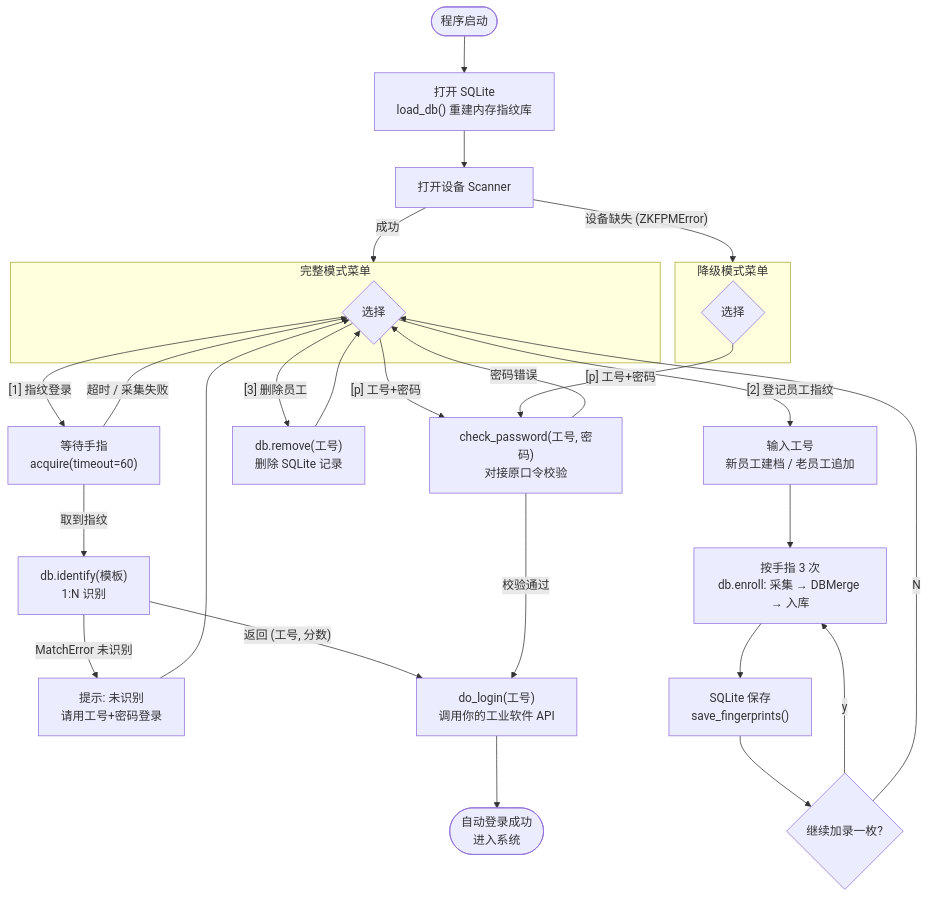
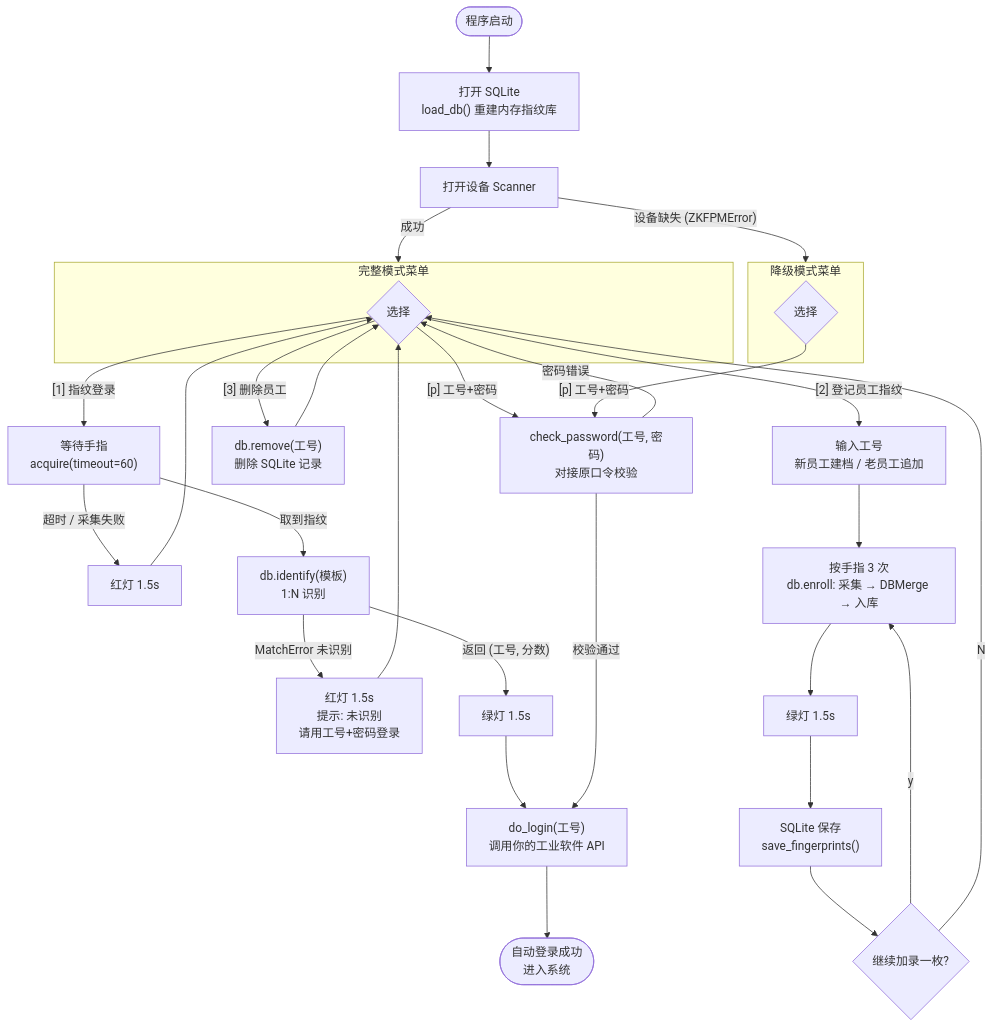
One commit to yunluo/pyzk20r changed the first of 2 diagrams in README.md. Above: the diagram before and after it, drawn with Mermaid. The commit also changed other lines of this file and 4 other files, not shown here.

````diff
--- a/README.md
+++ b/README.md
@@ -156,35 +156,35 @@
 ```mermaid
 flowchart TD
     A([程序启动]) --> B["打开 SQLite<br/>load_db() 重建内存指纹库"]
     B --> C["打开设备 Scanner"]
     C -->|成功| M1
     C -->|"设备缺失 (ZKFPMError)"| M2
 
     subgraph M1["完整模式菜单"]
         D{"选择"}
     end
     subgraph M2["降级模式菜单"]
         D2{"选择"}
     end
 
     D -->|"[1] 指纹登录"| F["等待手指<br/>acquire(timeout=60)"]
-    F -->|"超时 / 采集失败"| D
+    F -->|"超时 / 采集失败"| FR["红灯 1.5s"] --> D
     F -->|取到指纹| G["db.identify(模板)<br/>1:N 识别"]
-    G -->|"MatchError 未识别"| H["提示: 未识别<br/>请用工号+密码登录"] --> D
-    G -->|"返回 (工号, 分数)"| I["do_login(工号)<br/>调用你的工业软件 API"]
+    G -->|"MatchError 未识别"| H["红灯 1.5s<br/>提示: 未识别<br/>请用工号+密码登录"] --> D
+    G -->|"返回 (工号, 分数)"| IG["绿灯 1.5s"] --> I["do_login(工号)<br/>调用你的工业软件 API"]
     I --> OK([自动登录成功<br/>进入系统])
 
     D -->|"[2] 登记员工指纹"| K["输入工号<br/>新员工建档 / 老员工追加"]
     K --> L["按手指 3 次<br/>db.enroll: 采集 → DBMerge → 入库"]
-    L --> S["SQLite 保存<br/>save_fingerprints()"]
+    L --> SG["绿灯 1.5s"] --> S["SQLite 保存<br/>save_fingerprints()"]
     S --> Q{继续加录一枚?}
     Q -->|y| L
     Q -->|N| D
 
     D -->|"[3] 删除员工"| R["db.remove(工号)<br/>删除 SQLite 记录"] --> D
 
     D -->|"[p] 工号+密码"| P["check_password(工号, 密码)<br/>对接原口令校验"]
     D2 -->|"[p] 工号+密码"| P
     P -->|校验通过| I
     P -->|密码错误| D
 ```
````
